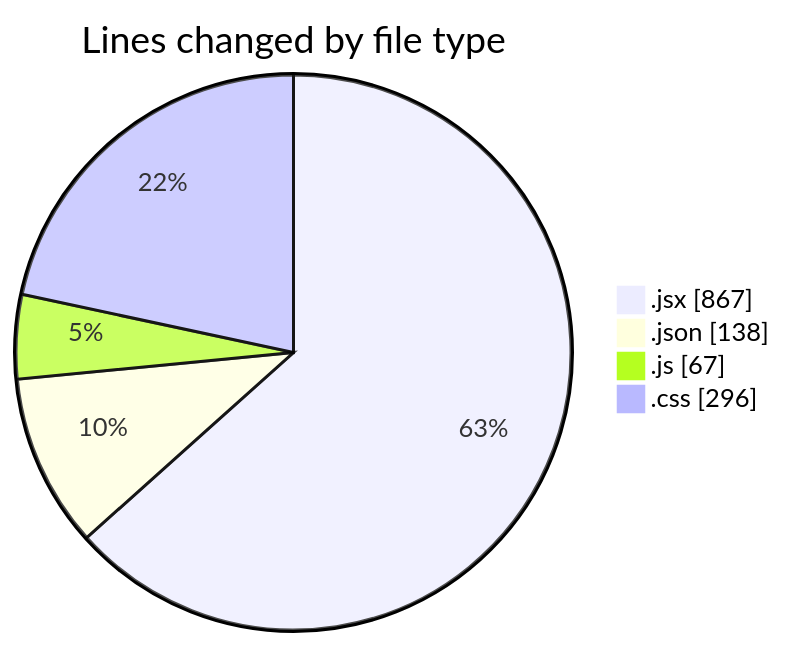
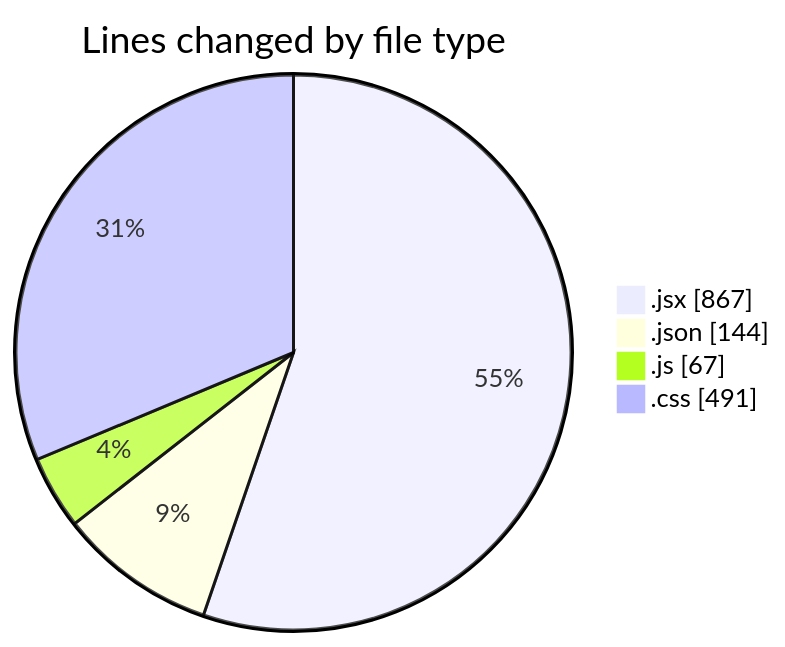
Before and after one commit to BS-eng2023/code-tracking: the first of 2 diagrams in 2025-05-04/project/README.md, drawn with Mermaid. The commit also changed other lines of this file and 1 other file, not shown here.

````diff
--- a/2025-05-04/project/README.md
+++ b/2025-05-04/project/README.md
@@ -35,8 +35,8 @@
 ```mermaid
 pie showData
 title Lines changed by file type
 ".jsx" : 867
-".json" : 138
+".json" : 144
 ".js" : 67
-".css" : 296
+".css" : 491
 ```
````
